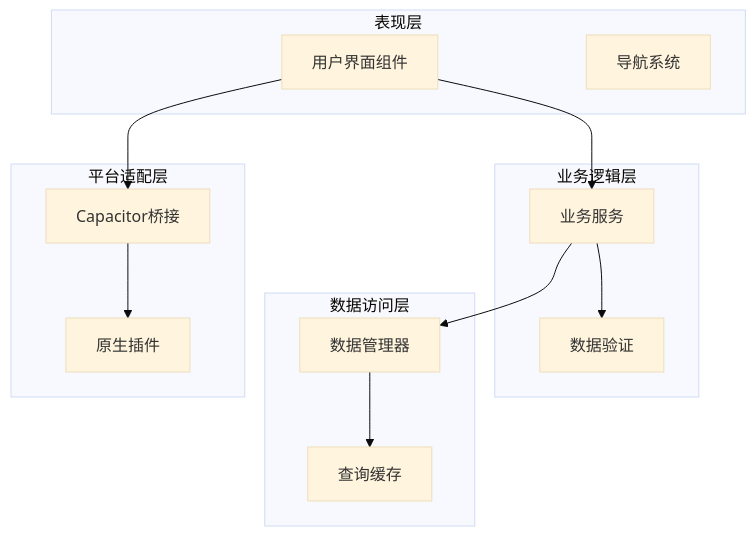
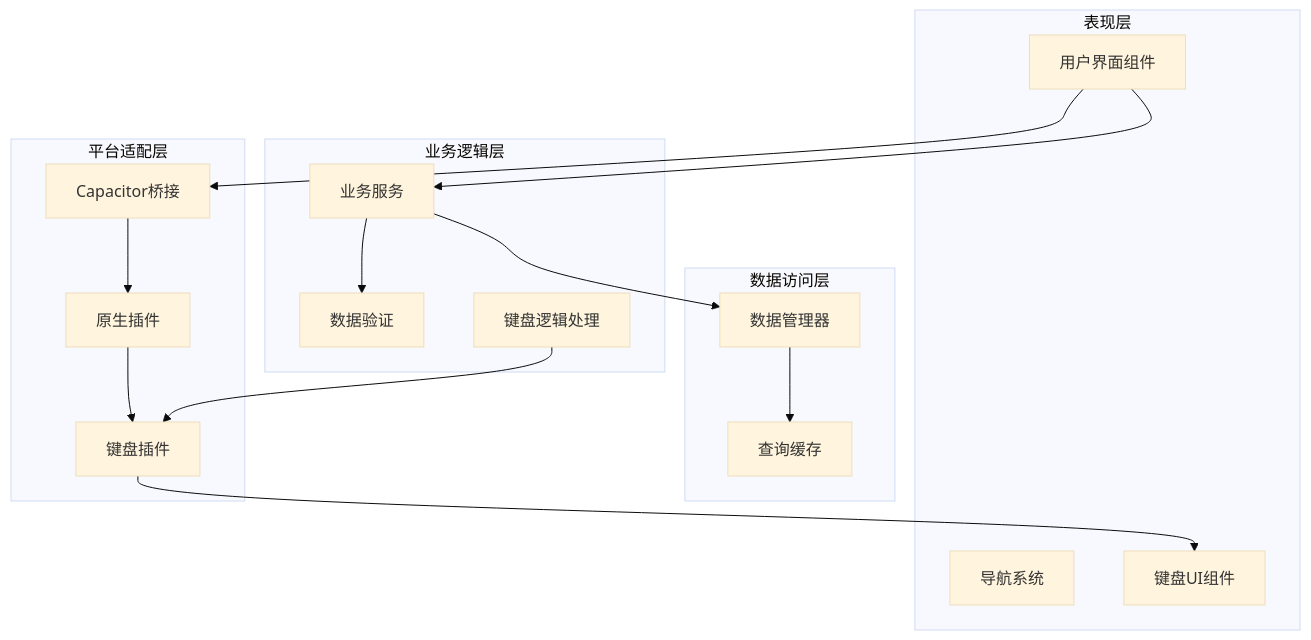
Before and after one commit to xiao-lin-unit/yuan: the second of 8 diagrams in .qoder/repowiki/zh/content/跨平台支持/Capacitor移动端应用.md, drawn with Mermaid (base theme). The commit also changed other lines of this file and 9 other files, not shown here.

````diff
--- a/.qoder/repowiki/zh/content/跨平台支持/Capacitor移动端应用.md
+++ b/.qoder/repowiki/zh/content/跨平台支持/Capacitor移动端应用.md
@@ -95,25 +103,31 @@
 ```mermaid
 graph TD
 subgraph "表现层"
 UI[用户界面组件]
 Navigation[导航系统]
+KeyboardUI[键盘UI组件]
 end
 subgraph "业务逻辑层"
 Services[业务服务]
 Validation[数据验证]
+KeyboardLogic[键盘逻辑处理]
 end
 subgraph "数据访问层"
 DataManager[数据管理器]
 Cache[查询缓存]
 end
 subgraph "平台适配层"
 CapacitorBridge[Capacitor桥接]
 NativePlugins[原生插件]
+KeyboardPlugin[键盘插件]
 end
 UI --> Services
 Services --> DataManager
 DataManager --> Cache
 Services --> Validation
 UI --> CapacitorBridge
 CapacitorBridge --> NativePlugins
+NativePlugins --> KeyboardPlugin
+KeyboardPlugin --> KeyboardUI
+KeyboardLogic --> KeyboardPlugin
 ```
````
